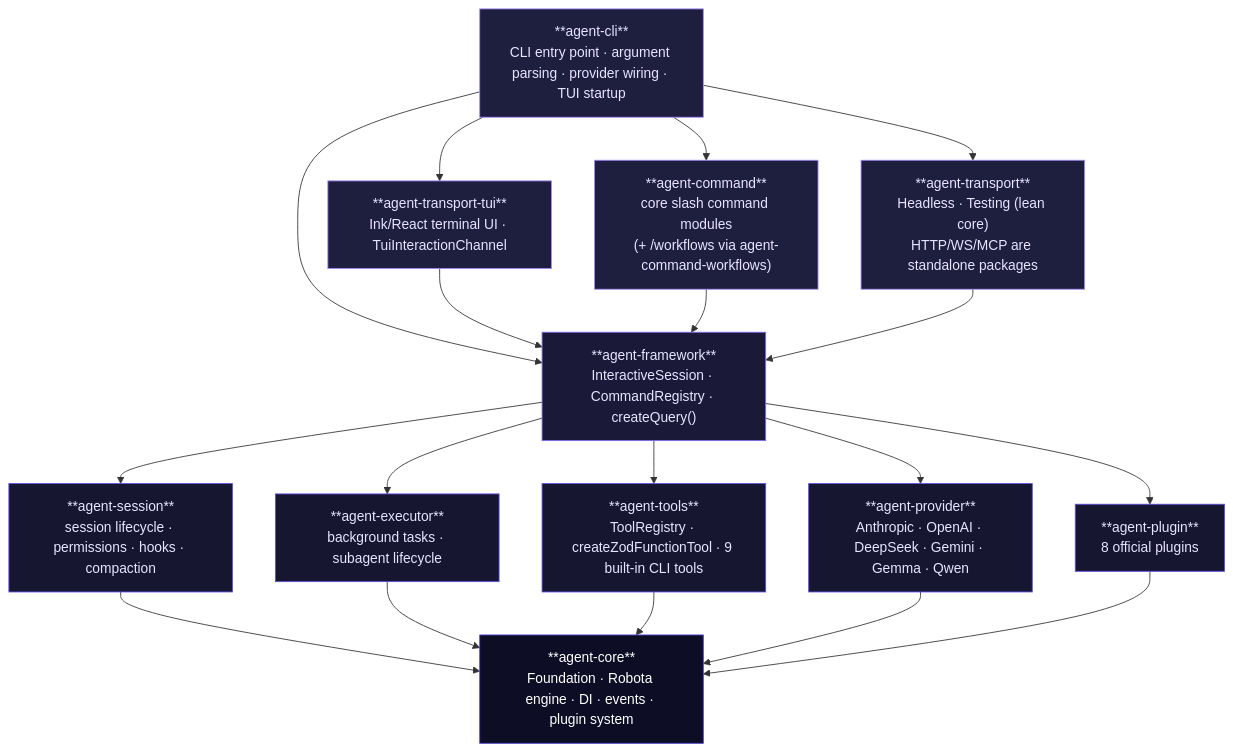
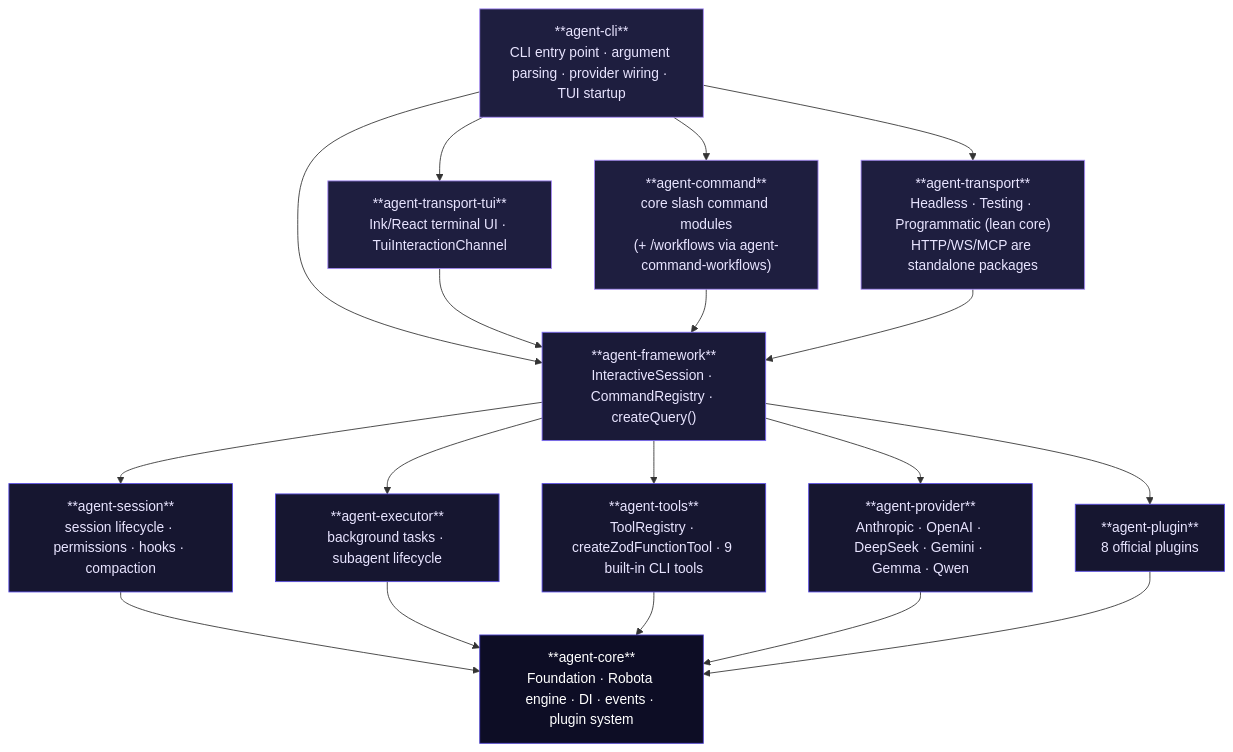
The diagram in content/guide/architecture.md (woojubb/robota), drawn with Mermaid before and after one commit. The commit also changed other lines of this file and 17 other files, not shown here.

````diff
--- a/content/guide/architecture.md
+++ b/content/guide/architecture.md
@@ -7,42 +7,42 @@
 ```mermaid
 flowchart TB
     CLI["**agent-cli**\nCLI entry point · argument parsing · provider wiring · TUI startup"]
     TUI["**agent-transport-tui**\nInk/React terminal UI · TuiInteractionChannel"]
     CMD["**agent-command**\ncore slash command modules\n(+ /workflows via agent-command-workflows)"]
-    TRANS["**agent-transport**\nHeadless · Testing (lean core)\nHTTP/WS/MCP are standalone packages"]
+    TRANS["**agent-transport**\nHeadless · Testing · Programmatic (lean core)\nHTTP/WS/MCP are standalone packages"]
     FW["**agent-framework**\nInteractiveSession · CommandRegistry · createQuery()"]
     SESS["**agent-session**\nsession lifecycle · permissions · hooks · compaction"]
     EXEC["**agent-executor**\nbackground tasks · subagent lifecycle"]
     TOOLS["**agent-tools**\nToolRegistry · createZodFunctionTool · 9 built-in CLI tools"]
     PROV["**agent-provider**\nAnthropic · OpenAI · DeepSeek · Gemini · Gemma · Qwen"]
     PLUG["**agent-plugin**\n8 official plugins"]
     CORE["**agent-core**\nFoundation · Robota engine · DI · events · plugin system"]
 
     CLI --> FW
     CLI --> TUI
     CLI --> CMD
     CLI --> TRANS
     TUI --> FW
     CMD --> FW
     TRANS --> FW
     FW --> SESS
     FW --> EXEC
     FW --> TOOLS
     FW --> PROV
     FW --> PLUG
     SESS --> CORE
     EXEC --> CORE
     TOOLS --> CORE
     PROV --> CORE
     PLUG --> CORE
 
     classDef cli fill:#1e1e3f,stroke:#a78bfa,color:#e8e4ff
     classDef framework fill:#1a1a38,stroke:#7c6bf7,color:#e8e4ff
     classDef general fill:#161630,stroke:#5a4de6,color:#e8e4ff
     classDef core fill:#0d0d25,stroke:#4f44d0,color:#fff
 
     class CLI,TUI,CMD,TRANS cli
     class FW framework
     class SESS,EXEC,TOOLS,PROV,PLUG general
     class CORE core
 ```
````
